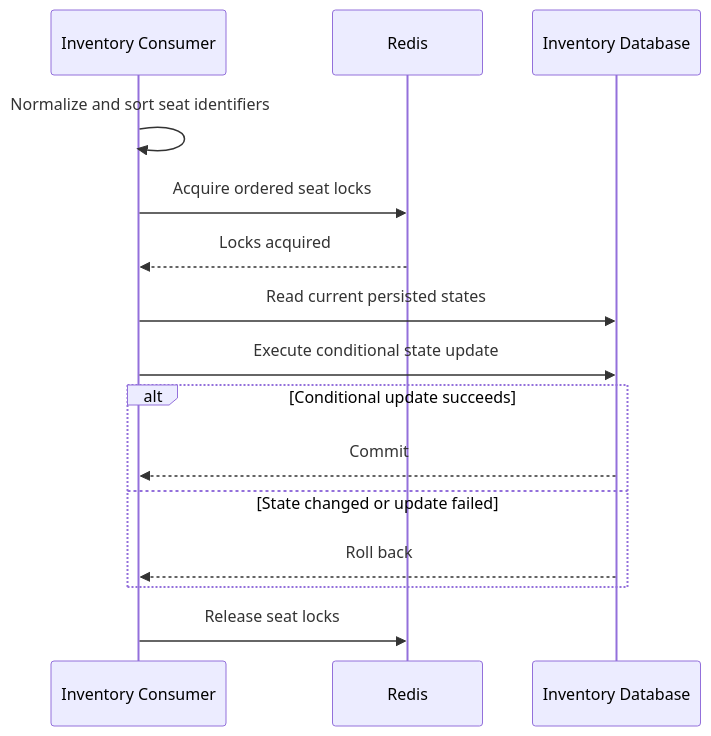
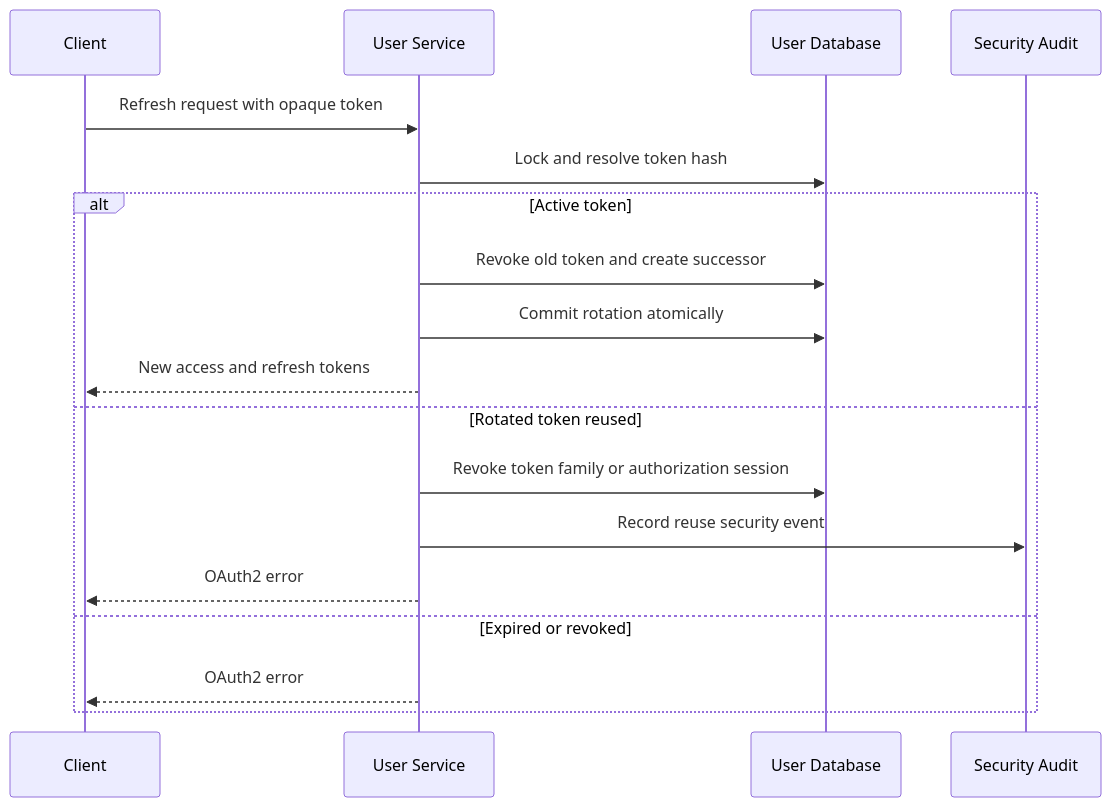
Before and after one commit to HuyKunNe/cinema-system: diagram 12 of 15 in docs/13_SEQUENCE_DIAGRAMS.md, drawn with Mermaid. The commit also changed other lines of this file and 17 other files, not shown here.

````diff
--- a/docs/13_SEQUENCE_DIAGRAMS.md
+++ b/docs/13_SEQUENCE_DIAGRAMS.md
@@ -212,21 +355,22 @@
 ```mermaid
 sequenceDiagram
-    participant Consumer as Inventory Consumer
-    participant Redis
-    participant InventoryDB as Inventory Database
+    participant Client
+    participant Auth as User Service
+    participant DB as User Database
+    participant Audit as Security Audit
 
-    Consumer->>Consumer: Normalize and sort seat identifiers
-    Consumer->>Redis: Acquire ordered seat locks
-    Redis-->>Consumer: Locks acquired
+    Client->>Auth: Refresh request with opaque token
+    Auth->>DB: Lock and resolve token hash
 
-    Consumer->>InventoryDB: Read current persisted states
-    Consumer->>InventoryDB: Execute conditional state update
-
-    alt Conditional update succeeds
-        InventoryDB-->>Consumer: Commit
-    else State changed or update failed
-        InventoryDB-->>Consumer: Roll back
+    alt Active token
+        Auth->>DB: Revoke old token and create successor
+        Auth->>DB: Commit rotation atomically
+        Auth-->>Client: New access and refresh tokens
+    else Rotated token reused
+        Auth->>DB: Revoke token family or authorization session
+        Auth->>Audit: Record reuse security event
+        Auth-->>Client: OAuth2 error
+    else Expired or revoked
+        Auth-->>Client: OAuth2 error
     end
-
-    Consumer->>Redis: Release seat locks
 ```
````
